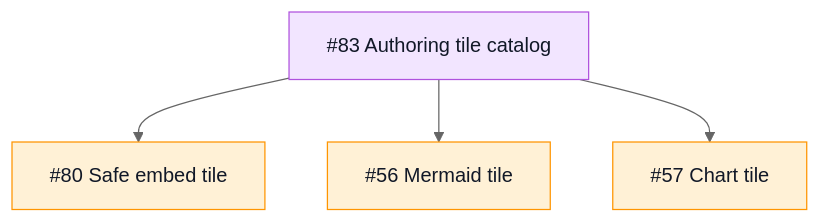
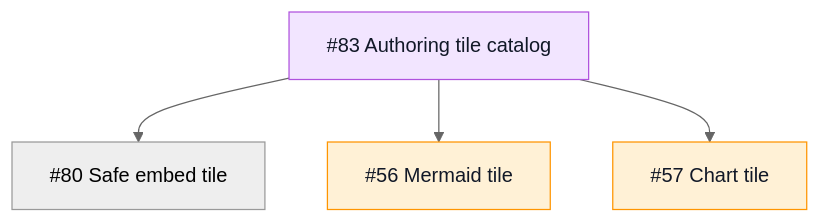
One commit to TileDown/tile-down changed the sixth of 9 diagrams in README.md. Above: the diagram before and after it, drawn with Mermaid (neutral theme).

Commit message:
docs(readme): mark embed tile in review

````diff
--- a/README.md
+++ b/README.md
@@ -129,10 +129,10 @@
 ```mermaid
 flowchart TD
   Epic["#83 Authoring tile catalog"]:::epic
-  Epic --> Embed["#80 Safe embed tile"]:::todo
+  Epic --> Embed["#80 Safe embed tile"]:::review
   Epic --> Mermaid["#56 Mermaid tile"]:::todo
   Epic --> Charts["#57 Chart tile"]:::todo
 
   classDef epic fill:#f2e5ff,stroke:#af52de,color:#111827
   classDef todo fill:#fff1d6,stroke:#ff9500,color:#111827
 ```
````
